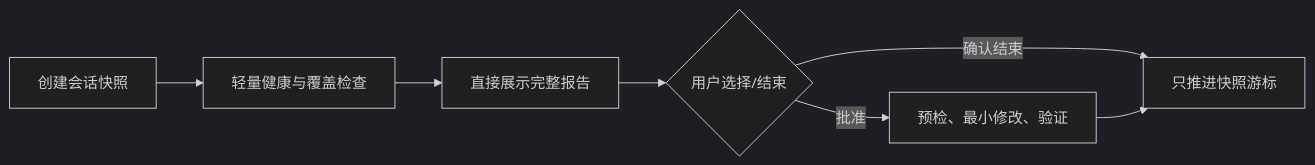
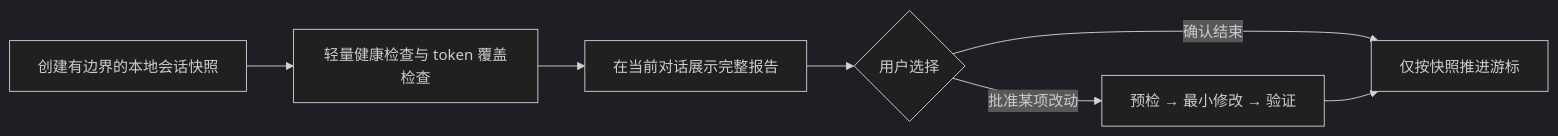
The diagram in README.md (JackySummerfield/ai-workspace-improver), drawn with Mermaid (dark theme) before and after one commit. The commit also changed other lines of this file and 1 other file, not shown here.

````diff
--- a/README.md
+++ b/README.md
@@ -34,9 +83,9 @@
 ```mermaid
 flowchart LR
-  A[创建会话快照] --> B[轻量健康与覆盖检查]
-  B --> C[直接展示完整报告]
-  C --> D{用户选择/结束}
-  D -->|批准| E[预检、最小修改、验证]
-  D -->|确认结束| F[只推进快照游标]
-  E --> F
+    A["创建有边界的本地会话快照"] --> B["轻量健康检查与 token 覆盖检查"]
+    B --> C["在当前对话展示完整报告"]
+    C --> D{"用户选择"}
+    D -->|"批准某项改动"| E["预检 → 最小修改 → 验证"]
+    D -->|"确认结束"| F["仅按快照推进游标"]
+    E --> F
 ```
````
